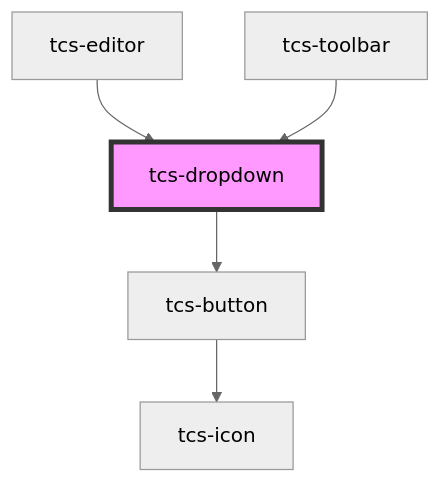
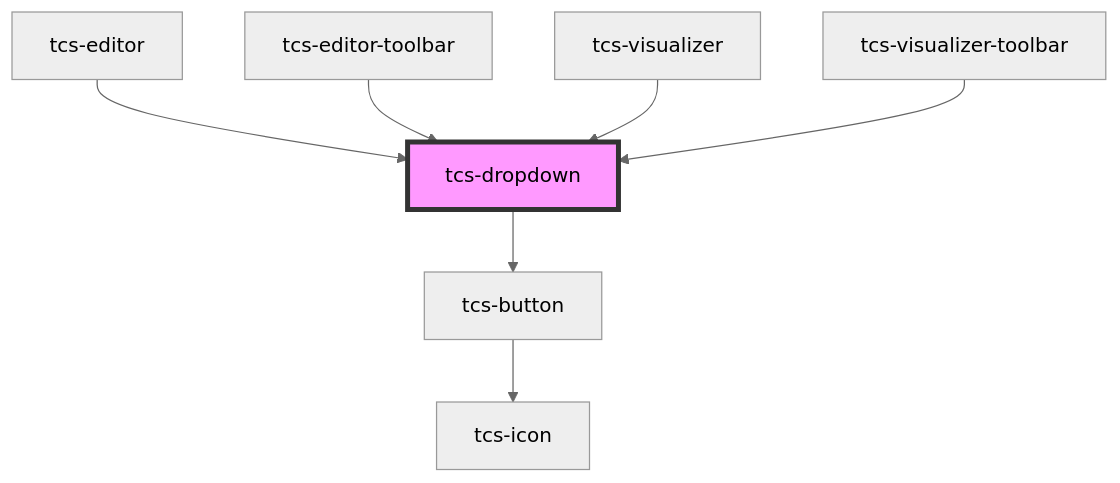
One commit to scribes-app/tei-component-suite changed the diagram in src/components/tcs-dropdown/readme.md. Above: the diagram before and after it, drawn with Mermaid (neutral theme). The commit also changed other lines of this file and 17 other files, not shown here.

````diff
--- a/src/components/tcs-dropdown/readme.md
+++ b/src/components/tcs-dropdown/readme.md
@@ -53,8 +55,10 @@
 ```mermaid
 graph TD;
   tcs-dropdown --> tcs-button
   tcs-button --> tcs-icon
   tcs-editor --> tcs-dropdown
-  tcs-toolbar --> tcs-dropdown
+  tcs-editor-toolbar --> tcs-dropdown
+  tcs-visualizer --> tcs-dropdown
+  tcs-visualizer-toolbar --> tcs-dropdown
   style tcs-dropdown fill:#f9f,stroke:#333,stroke-width:4px
 ```
````
